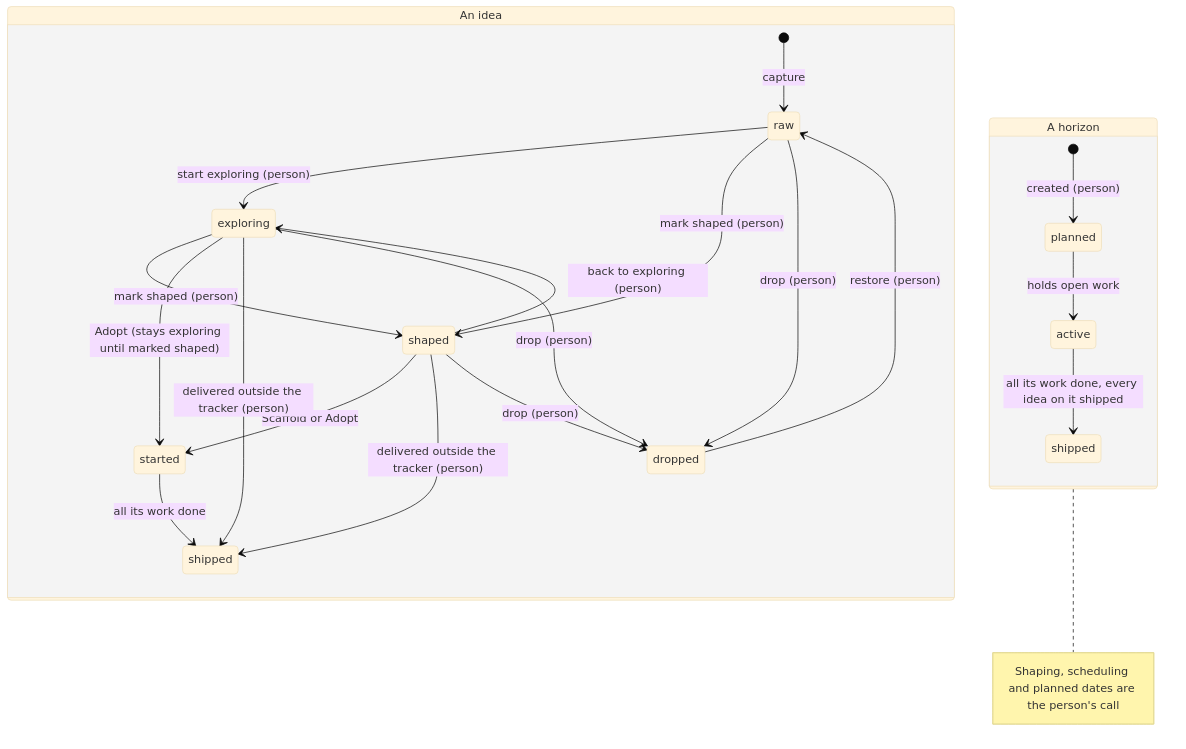
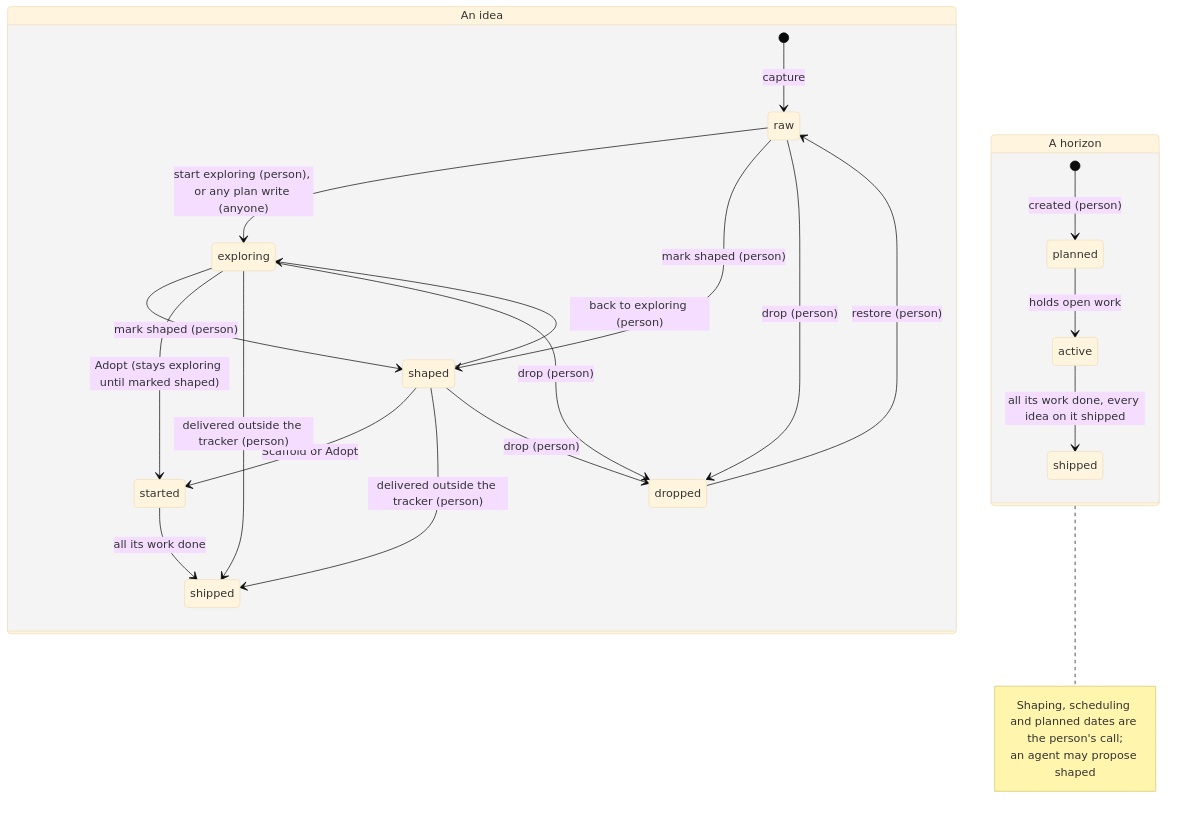
One commit to vpetkovic/staple-tracker changed the diagram in docs/plan.md. Above: the diagram before and after it, drawn with Mermaid (base theme). The commit also changed other lines of this file and 7 other files, not shown here.

Commit message:
docs(plan): enrichment moves raw ideas to exploring, and agents propose shaped

````diff
--- a/docs/plan.md
+++ b/docs/plan.md
@@ -31,30 +31,31 @@
 ```mermaid
 stateDiagram-v2
     state "An idea" as idea {
         [*] --> raw: capture
-        raw --> exploring: start exploring (person)
+        raw --> exploring: start exploring (person), or any plan write (anyone)
         raw --> shaped: mark shaped (person)
         exploring --> shaped: mark shaped (person)
         shaped --> exploring: back to exploring (person)
         shaped --> started: Scaffold or Adopt
         exploring --> started: Adopt (stays exploring until marked shaped)
         started --> shipped: all its work done
         exploring --> shipped: delivered outside the tracker (person)
         shaped --> shipped: delivered outside the tracker (person)
         raw --> dropped: drop (person)
         exploring --> dropped: drop (person)
         shaped --> dropped: drop (person)
         dropped --> raw: restore (person)
     }
     state "A horizon" as horizon {
         state "planned" as h_planned
         state "active" as h_active
         state "shipped" as h_shipped
         [*] --> h_planned: created (person)
         h_planned --> h_active: holds open work
         h_active --> h_shipped: all its work done, every idea on it shipped
     }
     note right of horizon
-        Shaping, scheduling and planned dates are the person's call
+        Shaping, scheduling and planned dates are the person's call;
+        an agent may propose shaped
     end note
 ```
````
